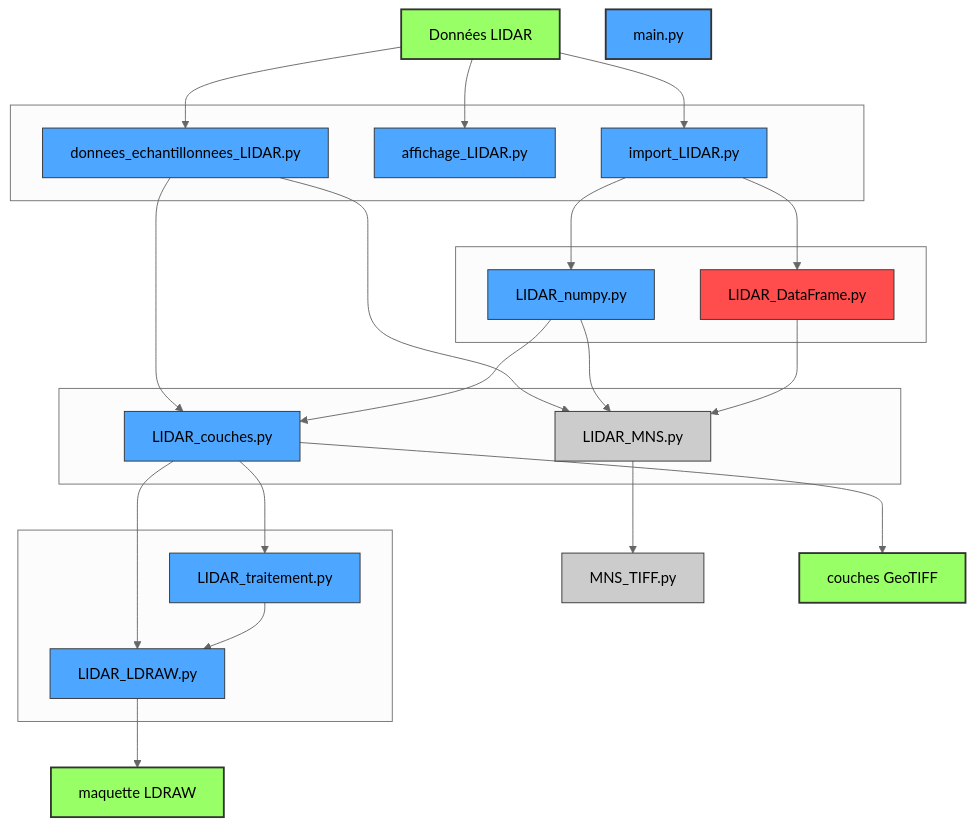
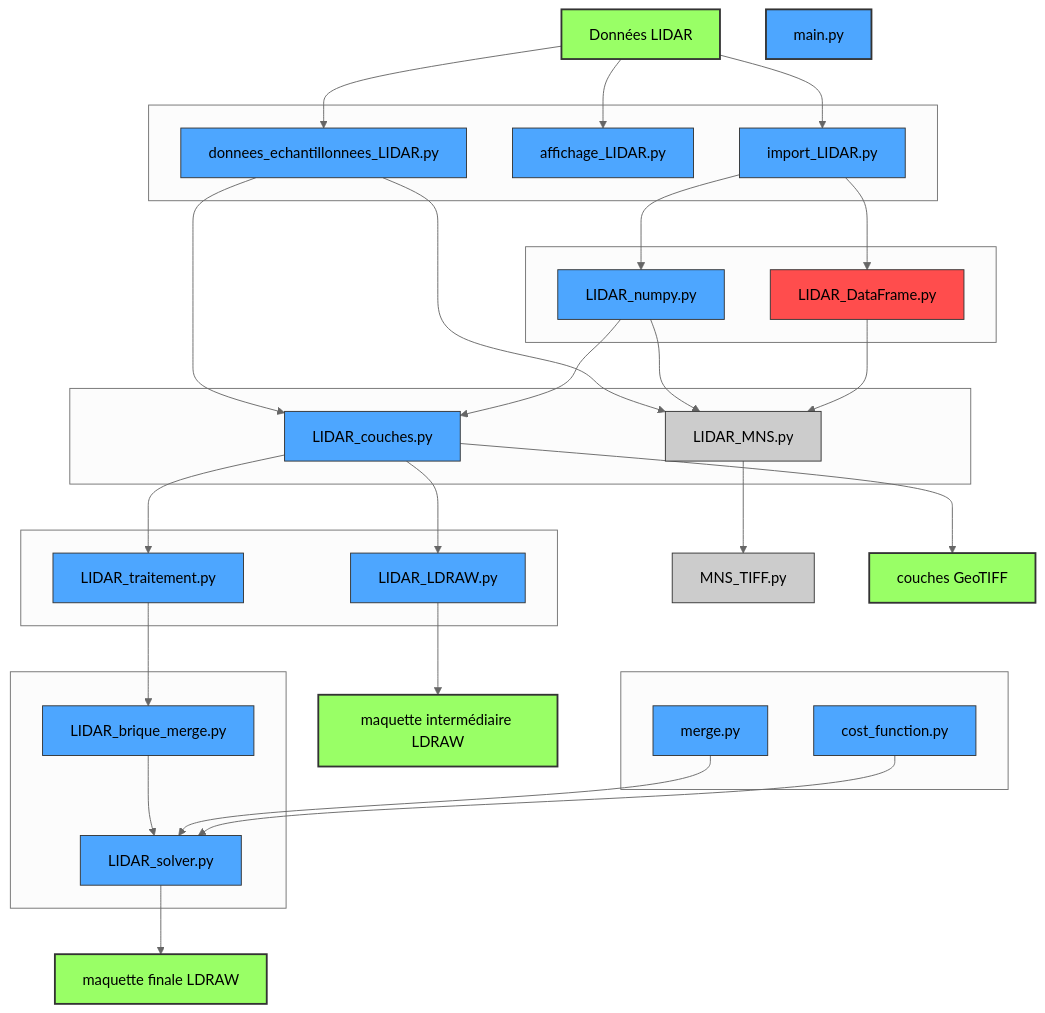
The diagram in docs/Workflow.md (DanQue69/LEGO_Master), drawn with Mermaid (neutral theme) before and after one commit. The commit also changed 4 other files, not shown here.

```diff
--- a/docs/Workflow.md
+++ b/docs/Workflow.md
@@ -24,10 +24,22 @@
     K[LIDAR_traitement.py]
 end
 
+subgraph L5[" "]
+    O[LIDAR_brique_merge.py]
+    P[LIDAR_solver.py]
+end
+
+subgraph indé[" "]
+    Q[merge.py]
+    R[cost_function.py]
+end
+
 H[MNS_TIFF.py]
 M[main.py]
 L[couches GeoTIFF]
-N[maquette LDRAW]
+N[maquette intermédiaire LDRAW]
+S[maquette finale LDRAW]
+
 
 A --> B
 A --> C
@@ -41,10 +53,14 @@
 E --> I
 I --> J
 I --> K
-K --> J
+K --> O
+O --> P
+Q --> P
+R --> P
 G --> H
 I --> L
 J --> N
+P --> S
 
 
 %% Styles des couleurs
@@ -62,6 +78,11 @@
 style M fill:#4da6ff,stroke:#333,stroke-width:2px
 style L fill:#9f6,stroke:#333,stroke-width:2px
 style N fill:#9f6,stroke:#333,stroke-width:2px
+style O fill:#4da6ff,stroke:#333,stroke-width:1px
+style P fill:#4da6ff,stroke:#333,stroke-width:1px
+style Q fill:#4da6ff,stroke:#333,stroke-width:1px
+style R fill:#4da6ff,stroke:#333,stroke-width:1px
+style S fill:#9f6,stroke:#333,stroke-width:2px
 
 
     
```
